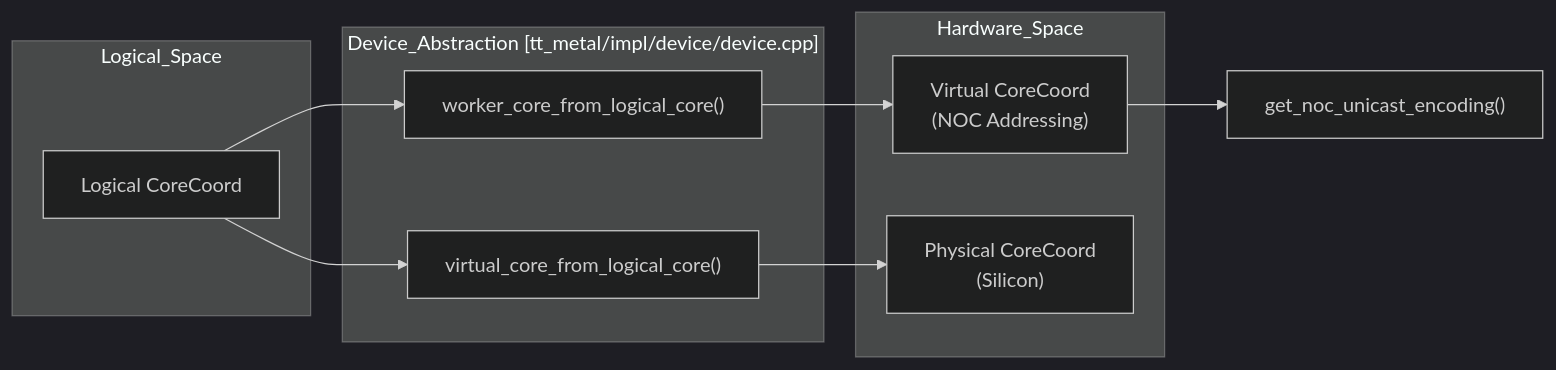
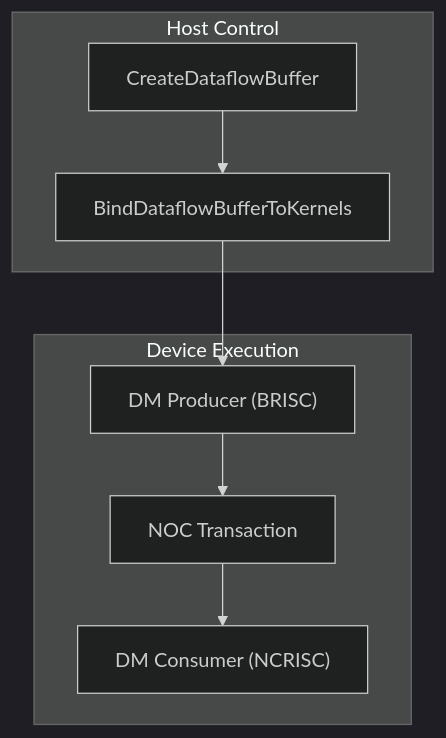
The third of 3 diagrams in docs/tt-metal/3-low-level-kernel-apis-(llk).md (HuangJunjie-PhD/TT-Metal-Analysis), drawn with Mermaid (dark theme) before and after one commit. The commit also changed other lines of this file and 331 other files, not shown here.

First line of the commit message:
Precise diagram placement: 0 orphan diagrams remaining

````diff
--- a/docs/tt-metal/3-low-level-kernel-apis-(llk).md
+++ b/docs/tt-metal/3-low-level-kernel-apis-(llk).md
@@ -257,23 +233,18 @@
 ```mermaid
-graph LR
-    subgraph "Logical_Space"
-        LogCore["Logical CoreCoord"]
+graph TD
+    subgraph "Host Control"
+        DFB_CREATE["CreateDataflowBuffer"]
+        DFB_BIND["BindDataflowBufferToKernels"]
     end
-    
-    subgraph "Device_Abstraction [tt_metal/impl/device/device.cpp]"
-        L2V["worker_core_from_logical_core()"]
-        L2P["virtual_core_from_logical_core()"]
+
+    subgraph "Device Execution"
+        PRODUCER["DM Producer (BRISC)"]
+        CONSUMER["DM Consumer (NCRISC)"]
+        NOC_TRANS["NOC Transaction"]
     end
-    
-    subgraph "Hardware_Space"
-        VirtCore["Virtual CoreCoord<br/>(NOC Addressing)"]
-        PhysCore["Physical CoreCoord<br/>(Silicon)"]
-    end
-    
-    LogCore --> L2V
-    LogCore --> L2P
-    L2V --> VirtCore
-    L2P --> PhysCore
-    
-    VirtCore --> NOC["get_noc_unicast_encoding()"]
+
+    DFB_CREATE --> DFB_BIND
+    DFB_BIND --> PRODUCER
+    PRODUCER --> NOC_TRANS
+    NOC_TRANS --> CONSUMER
 ```
````
